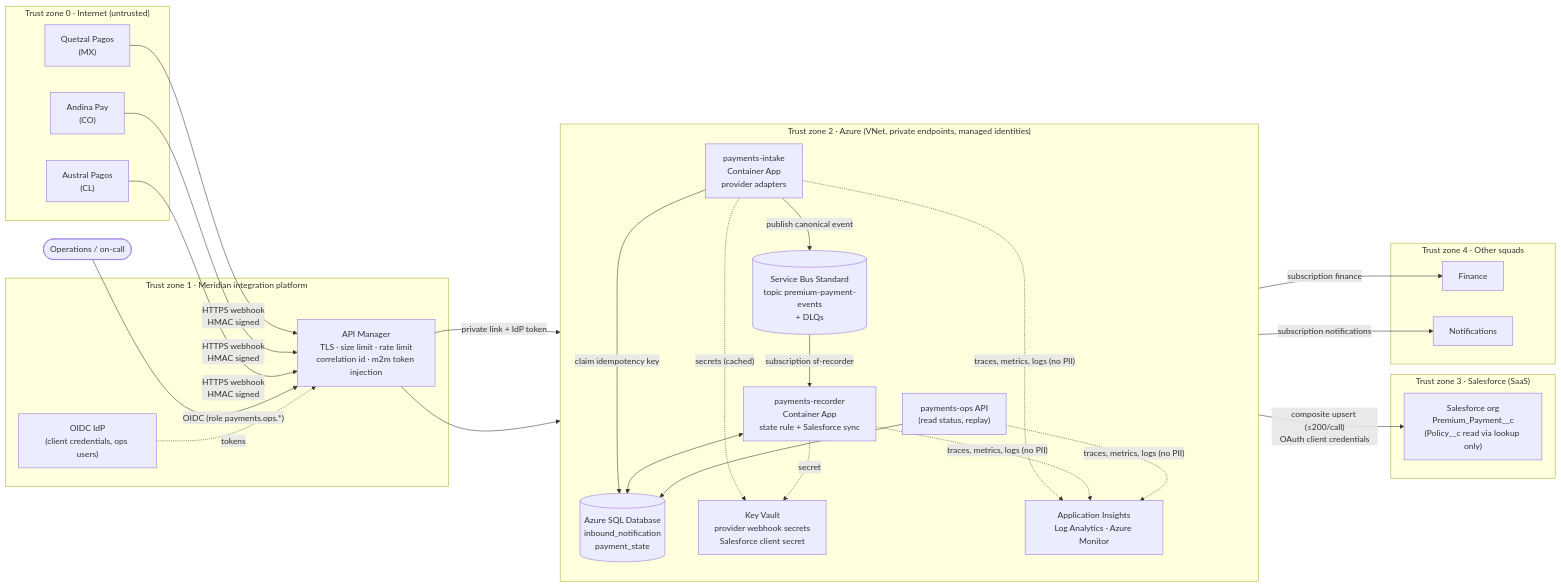
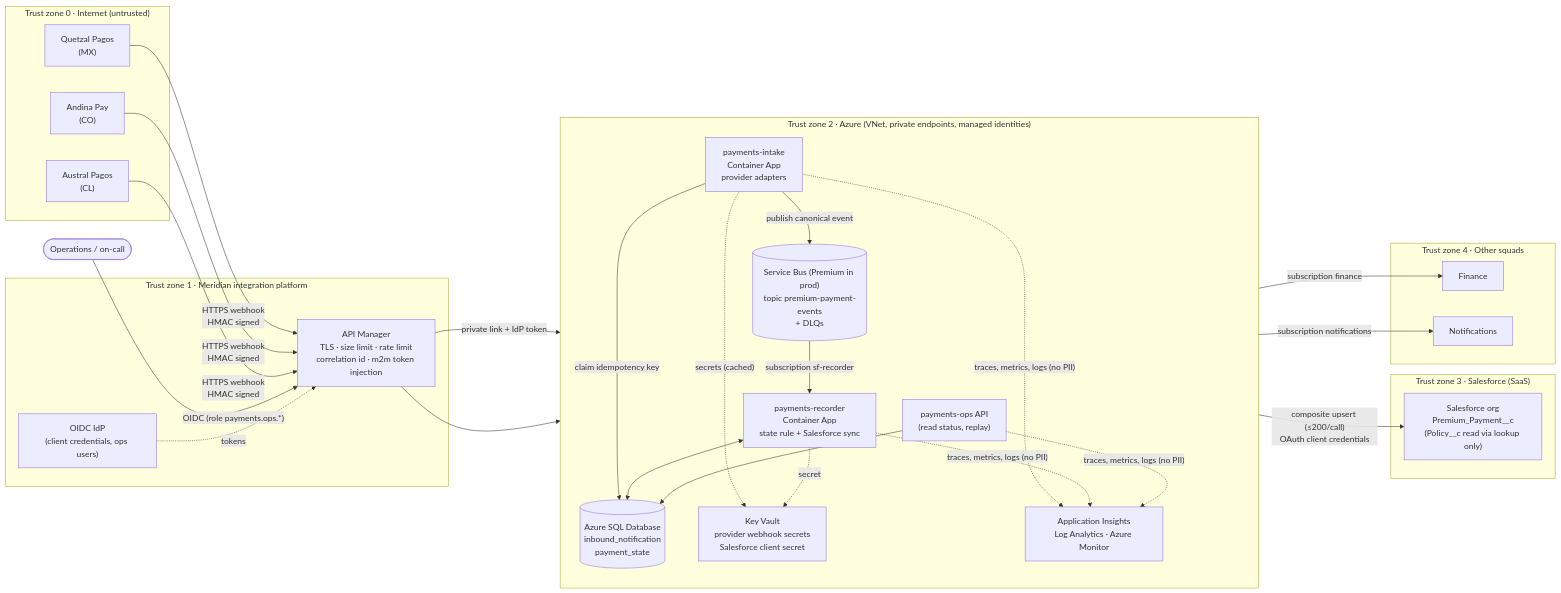
Before and after one commit to erneyjonathan23/java-test-ts: the first of 2 diagrams in docs/design/SOLUTION_DESIGN.md, drawn with Mermaid. The commit also changed other lines of this file and 24 other files, not shown here.

````diff
--- a/docs/design/SOLUTION_DESIGN.md
+++ b/docs/design/SOLUTION_DESIGN.md
@@ -18,54 +18,54 @@
 ```mermaid
 flowchart LR
   subgraph INTERNET["Trust zone 0 · Internet (untrusted)"]
     QZ["Quetzal Pagos<br/>(MX)"]
     AN["Andina Pay<br/>(CO)"]
     AU["Austral Pagos<br/>(CL)"]
   end
 
   subgraph PLATFORM["Trust zone 1 · Meridian integration platform"]
     APIM["API Manager<br/>TLS · size limit · rate limit<br/>correlation id · m2m token injection"]
     IDP["OIDC IdP<br/>(client credentials, ops users)"]
   end
 
   subgraph AZURE["Trust zone 2 · Azure (VNet, private endpoints, managed identities)"]
     direction TB
     INTAKE["payments-intake<br/>Container App<br/>provider adapters"]
-    SB[("Service Bus Standard<br/>topic premium-payment-events<br/>+ DLQs")]
+    SB[("Service Bus (Premium in prod)<br/>topic premium-payment-events<br/>+ DLQs")]
     REC["payments-recorder<br/>Container App<br/>state rule + Salesforce sync"]
     SQL[("Azure SQL Database<br/>inbound_notification<br/>payment_state")]
     KV["Key Vault<br/>provider webhook secrets<br/>Salesforce client secret"]
     MON["Application Insights<br/>Log Analytics · Azure Monitor"]
     OPSAPI["payments-ops API<br/>(read status, replay)"]
   end
 
   subgraph SAAS["Trust zone 3 · Salesforce (SaaS)"]
     SF["Salesforce org<br/>Premium_Payment__c<br/>(Policy__c read via lookup only)"]
   end
 
   subgraph CONSUMERS["Trust zone 4 · Other squads"]
     FIN["Finance"]
     NOT["Notifications"]
   end
 
   OPS(["Operations / on-call"])
 
   QZ -- "HTTPS webhook<br/>HMAC signed" --> APIM
   AN -- "HTTPS webhook<br/>HMAC signed" --> APIM
   AU -- "HTTPS webhook<br/>HMAC signed" --> APIM
   APIM -- "private link + IdP token" --> INTAKE
   INTAKE -- "publish canonical event" --> SB
   INTAKE -- "claim idempotency key" --> SQL
   INTAKE -. "secrets (cached)" .-> KV
   SB -- "subscription sf-recorder" --> REC
   REC <--> SQL
   REC -- "composite upsert (≤200/call)<br/>OAuth client credentials" --> SF
   REC -. "secret" .-> KV
   SB -- "subscription finance" --> FIN
   SB -- "subscription notifications" --> NOT
   OPS -- "OIDC (role payments.ops.*)" --> APIM
   APIM --> OPSAPI
   OPSAPI --> SQL
   INTAKE & REC & OPSAPI -. "traces, metrics, logs (no PII)" .-> MON
   IDP -. "tokens" .-> APIM
 ```
````
